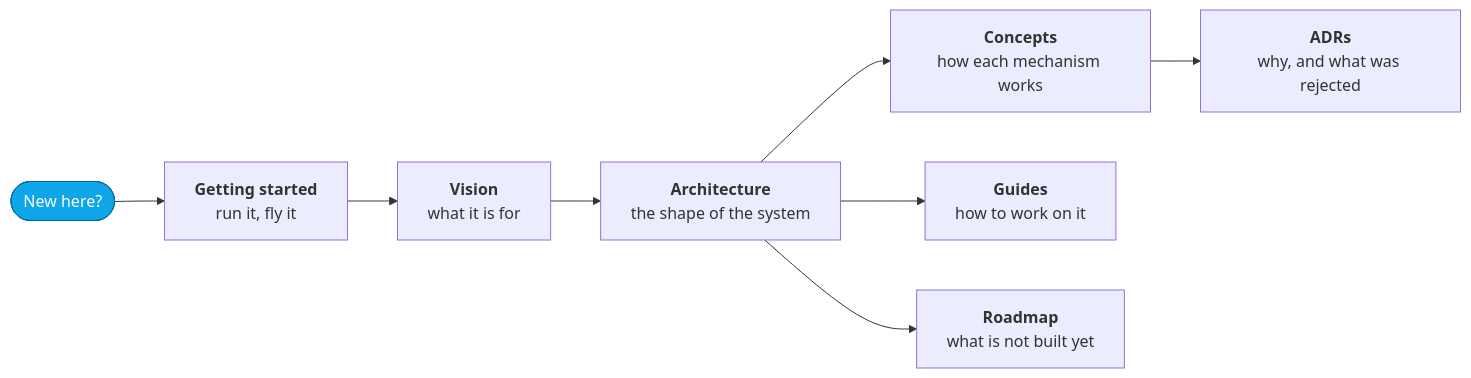
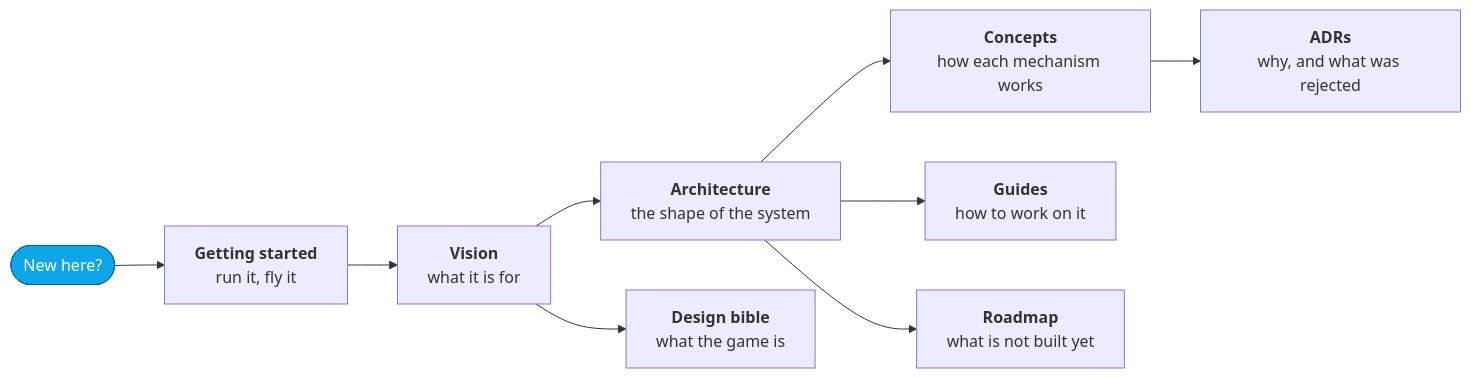
The first of 2 diagrams in docs/README.md (jonjaques/inertialref), drawn with Mermaid before and after one commit. The commit also changed other lines of this file and 24 other files, not shown here.

First line of the commit message:
docs: write the game design bible

````diff
--- a/docs/README.md
+++ b/docs/README.md
@@ -10,13 +10,14 @@
 ```mermaid
 flowchart LR
     START([New here?]) --> GS["<b>Getting started</b><br/>run it, fly it"]
     GS --> VIS["<b>Vision</b><br/>what it is for"]
     VIS --> ARCH["<b>Architecture</b><br/>the shape of the system"]
     ARCH --> CONCEPTS["<b>Concepts</b><br/>how each mechanism works"]
     CONCEPTS --> ADR["<b>ADRs</b><br/>why, and what was rejected"]
     ARCH --> GUIDES["<b>Guides</b><br/>how to work on it"]
     ARCH --> ROADMAP["<b>Roadmap</b><br/>what is not built yet"]
+    VIS --> DESIGN["<b>Design bible</b><br/>what the game is"]
 
     classDef entry fill:#0ea5e9,stroke:#0369a1,color:#fff
     class START entry
 ```
````
